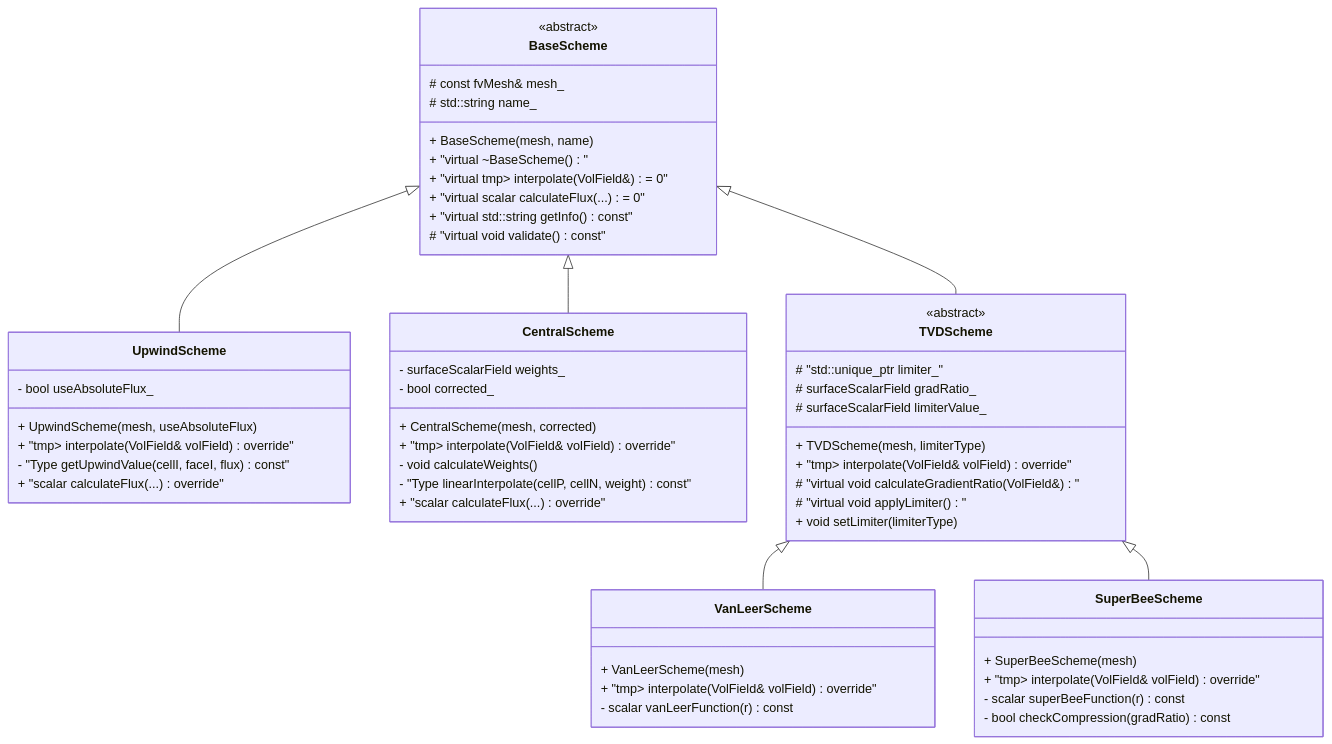
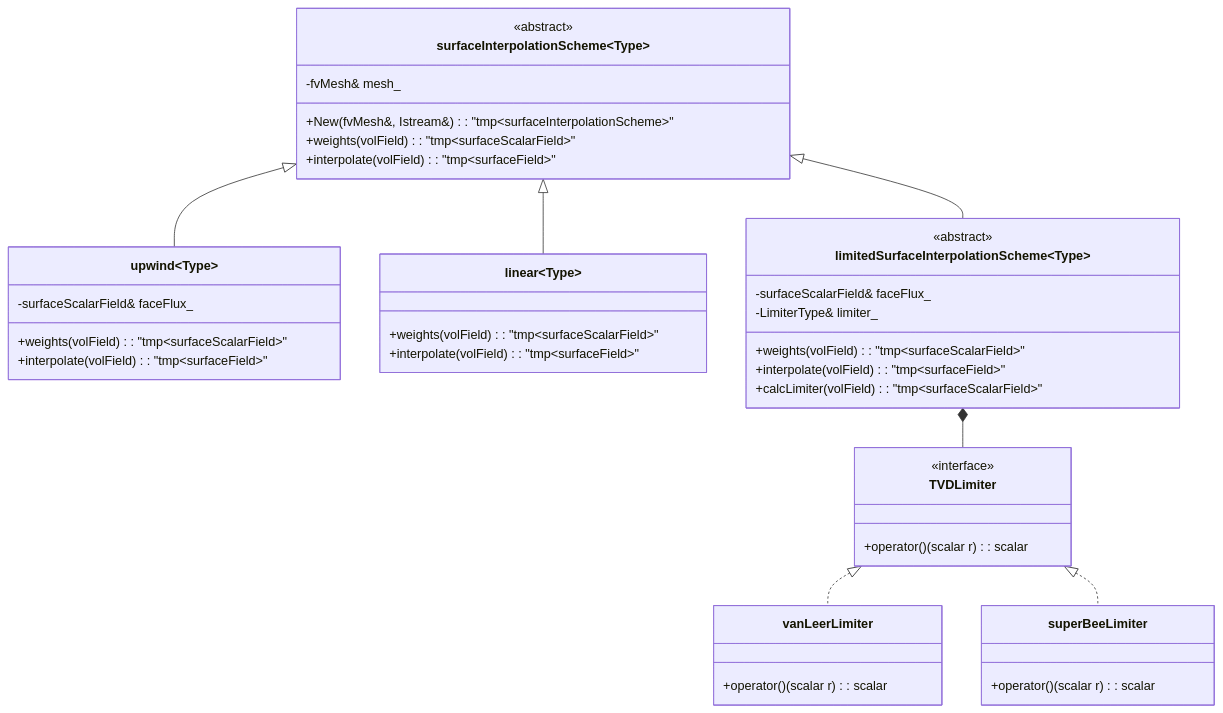
Before and after one commit to wramet/build-my-cfd: the diagram in daily_learning/Phase_01_Foundation_Theory/2026-01-03.md, drawn with Mermaid. The commit also changed other lines of this file and 12 other files, not shown here.

````diff
--- a/daily_learning/Phase_01_Foundation_Theory/2026-01-03.md
+++ b/daily_learning/Phase_01_Foundation_Theory/2026-01-03.md
@@ -975,65 +1307,53 @@
 ```mermaid
 classDiagram
     direction TB
+
+    class surfaceInterpolationScheme~Type~ {
+        <<abstract>>
+        -fvMesh& mesh_
+        +New(fvMesh&, Istream&) : "tmp~surfaceInterpolationScheme~"
+        +weights(volField) : "tmp~surfaceScalarField~"
+        +interpolate(volField) : "tmp~surfaceField~"
+    }
+
+    class upwind~Type~ {
+        -surfaceScalarField& faceFlux_
+        +weights(volField) : "tmp~surfaceScalarField~"
+        +interpolate(volField) : "tmp~surfaceField~"
+    }
+
+    class linear~Type~ {
+        +weights(volField) : "tmp~surfaceScalarField~"
+        +interpolate(volField) : "tmp~surfaceField~"
+    }
+
+    class limitedSurfaceInterpolationScheme~Type~ {
+        <<abstract>>
+        -surfaceScalarField& faceFlux_
+        -LimiterType& limiter_
+        +weights(volField) : "tmp~surfaceScalarField~"
+        +interpolate(volField) : "tmp~surfaceField~"
+        +calcLimiter(volField) : "tmp~surfaceScalarField~"
+    }
+
+    surfaceInterpolationScheme <|-- upwind
+    surfaceInterpolationScheme <|-- linear
+    surfaceInterpolationScheme <|-- limitedSurfaceInterpolationScheme
     
-    class BaseScheme {
-        <<abstract>>
-        # const fvMesh& mesh_
-        # std::string name_
-        + BaseScheme(mesh, name)
-        + "virtual ~BaseScheme()"
-        + "virtual tmp<SurfaceField<Type>> interpolate(VolField<Type>&) = 0"
-        + "virtual scalar calculateFlux(...) = 0"
-        + "virtual std::string getInfo() const"
-        # "virtual void validate() const"
+    class TVDLimiter {
+        <<interface>>
+        +operator()(scalar r) : scalar
     }
     
-    class UpwindScheme {
-        - bool useAbsoluteFlux_
-        + UpwindScheme(mesh, useAbsoluteFlux)
-        + "tmp<SurfaceField<Type>> interpolate(VolField<Type>& volField) override"
-        - "Type getUpwindValue(cellI, faceI, flux) const"
-        + "scalar calculateFlux(...) override"
+    class vanLeerLimiter {
+        +operator()(scalar r) : scalar
     }
     
-    class CentralScheme {
-        - surfaceScalarField weights_
-        - bool corrected_
-        + CentralScheme(mesh, corrected)
-        + "tmp<SurfaceField<Type>> interpolate(VolField<Type>& volField) override"
-        - void calculateWeights()
-        - "Type linearInterpolate(cellP, cellN, weight) const"
-        + "scalar calculateFlux(...) override"
+    class superBeeLimiter {
+        +operator()(scalar r) : scalar
     }
     
-    class TVDScheme {
-        <<abstract>>
-        # "std::unique_ptr<TVDLimiter> limiter_"
-        # surfaceScalarField gradRatio_
-        # surfaceScalarField limiterValue_
-        + TVDScheme(mesh, limiterType)
-        + "tmp<SurfaceField<Type>> interpolate(VolField<Type>& volField) override"
-        # "virtual void calculateGradientRatio(VolField<Type>&)"
-        # "virtual void applyLimiter()"
-        + void setLimiter(limiterType)
-    }
-    
-    class VanLeerScheme {
-        + VanLeerScheme(mesh)
-        + "tmp<SurfaceField<Type>> interpolate(VolField<Type>& volField) override"
-        - scalar vanLeerFunction(r) const
-    }
-    
-    class SuperBeeScheme {
-        + SuperBeeScheme(mesh)
-        + "tmp<SurfaceField<Type>> interpolate(VolField<Type>& volField) override"
-        - scalar superBeeFunction(r) const
-        - bool checkCompression(gradRatio) const
-    }
-    
-    BaseScheme <|-- UpwindScheme
-    BaseScheme <|-- CentralScheme
-    BaseScheme <|-- TVDScheme
-    TVDScheme <|-- VanLeerScheme
-    TVDScheme <|-- SuperBeeScheme
+    TVDLimiter <|.. vanLeerLimiter
+    TVDLimiter <|.. superBeeLimiter
+    limitedSurfaceInterpolationScheme *-- TVDLimiter
 ```
````
